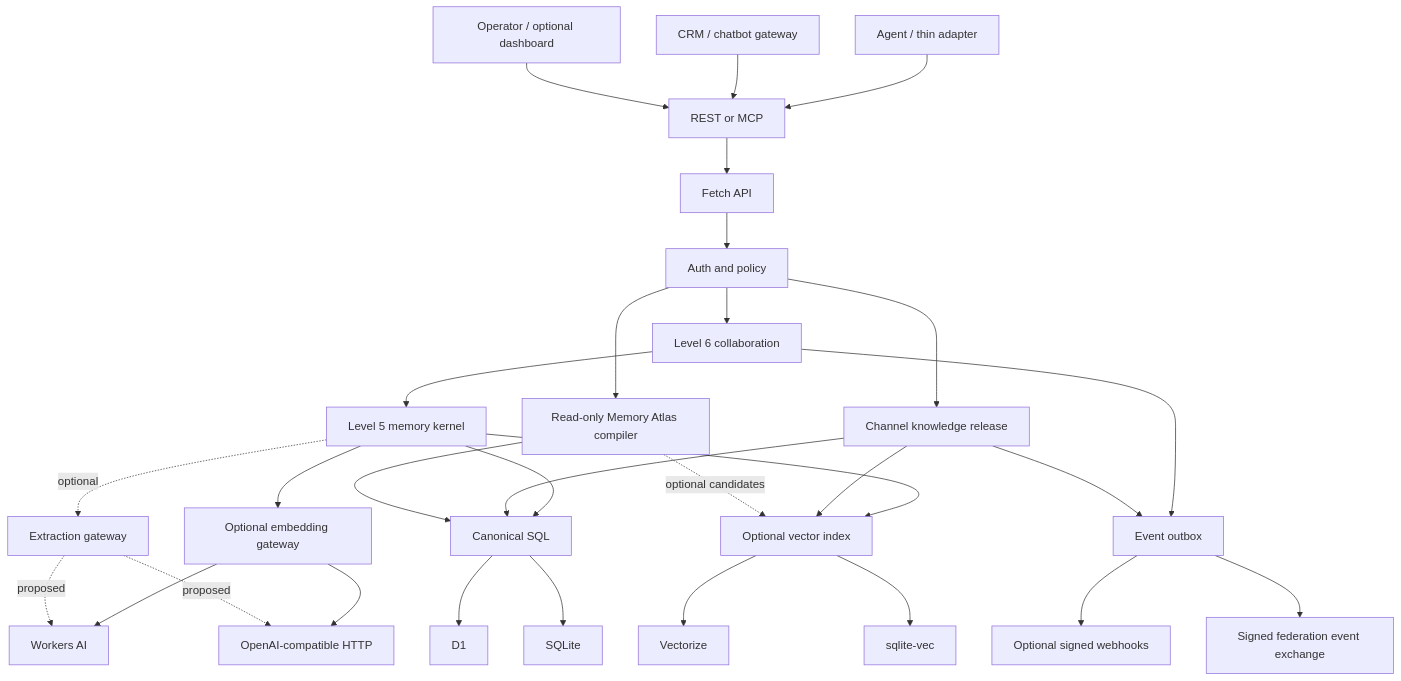
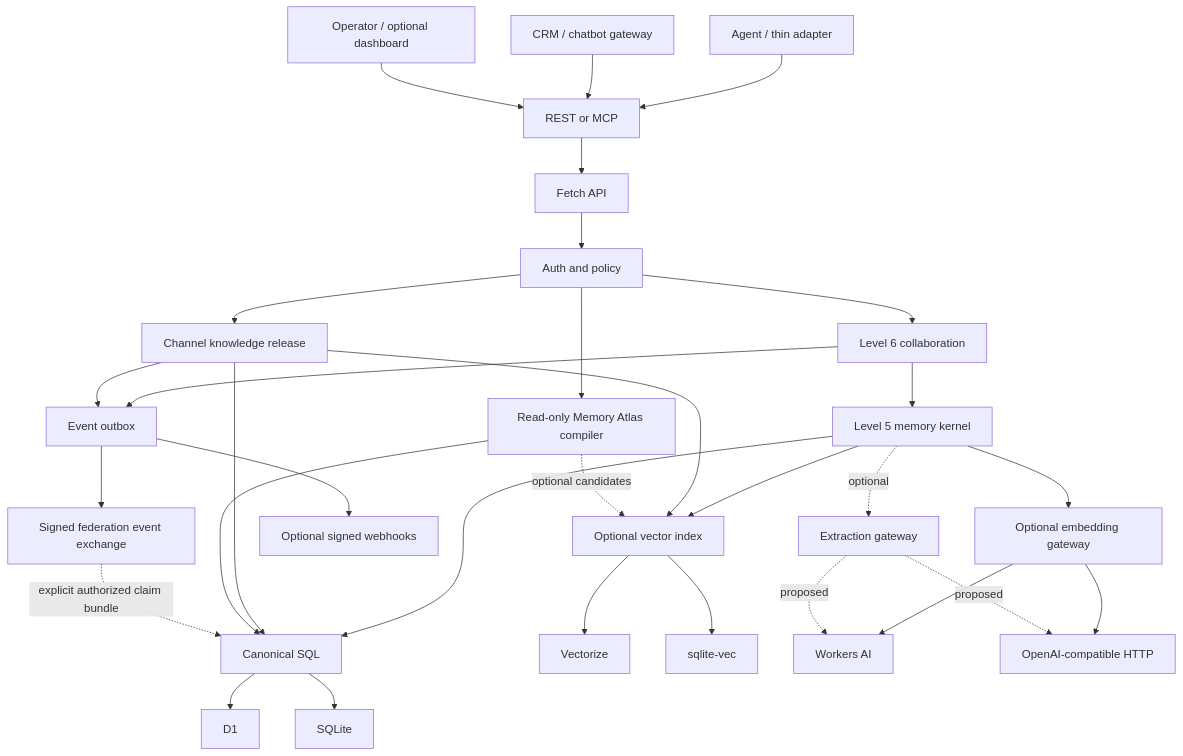
Before and after one commit to RamaAditya49/titen: the diagram in docs/architecture/overview.md, drawn with Mermaid. The commit also changed other lines of this file and 16 other files, not shown here.

````diff
--- a/docs/architecture/overview.md
+++ b/docs/architecture/overview.md
@@ -24,33 +24,34 @@
 ```mermaid
 flowchart TB
     A[Agent / thin adapter] --> X[REST or MCP]
     G[CRM / chatbot gateway] --> X
     O[Operator / optional dashboard] --> X
     X --> H[Fetch API]
     H --> P[Auth and policy]
     P --> C[Level 6 collaboration]
     P --> R[Channel knowledge release]
     P --> MV[Read-only Memory Atlas compiler]
     C --> K[Level 5 memory kernel]
     K --> S[Canonical SQL]
     K --> I[Optional vector index]
     K --> EM[Optional embedding gateway]
     K -. optional .-> XM[Extraction gateway]
     C --> E[Event outbox]
     R --> S
     R --> I
     R --> E
     MV --> S
     MV -. optional candidates .-> I
 
     S --> D1[D1]
     S --> SQ[SQLite]
     I --> V[Vectorize]
     I --> SV[sqlite-vec]
     EM --> WAI[Workers AI]
     EM --> OAI[OpenAI-compatible HTTP]
     XM -. proposed .-> WAI
     XM -. proposed .-> OAI
     E --> W[Optional signed webhooks]
     E --> F[Signed federation event exchange]
+    F -. explicit authorized claim bundle .-> S
 ```
````
